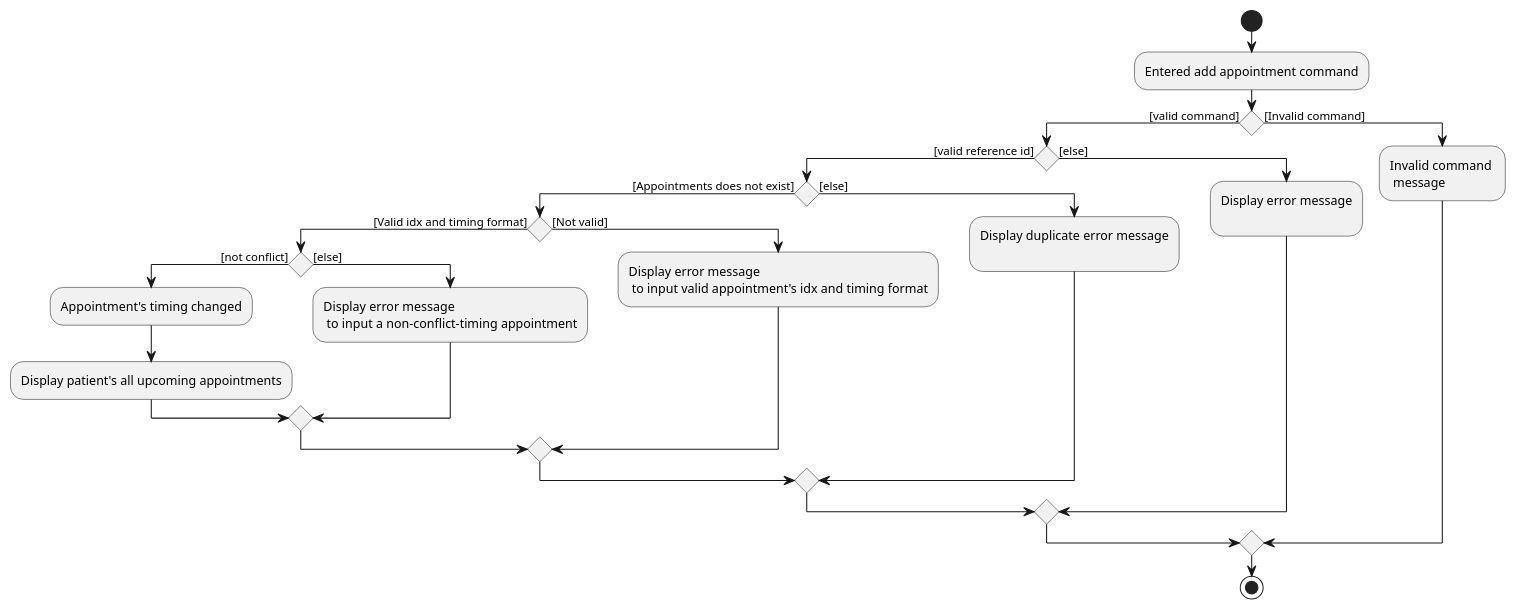
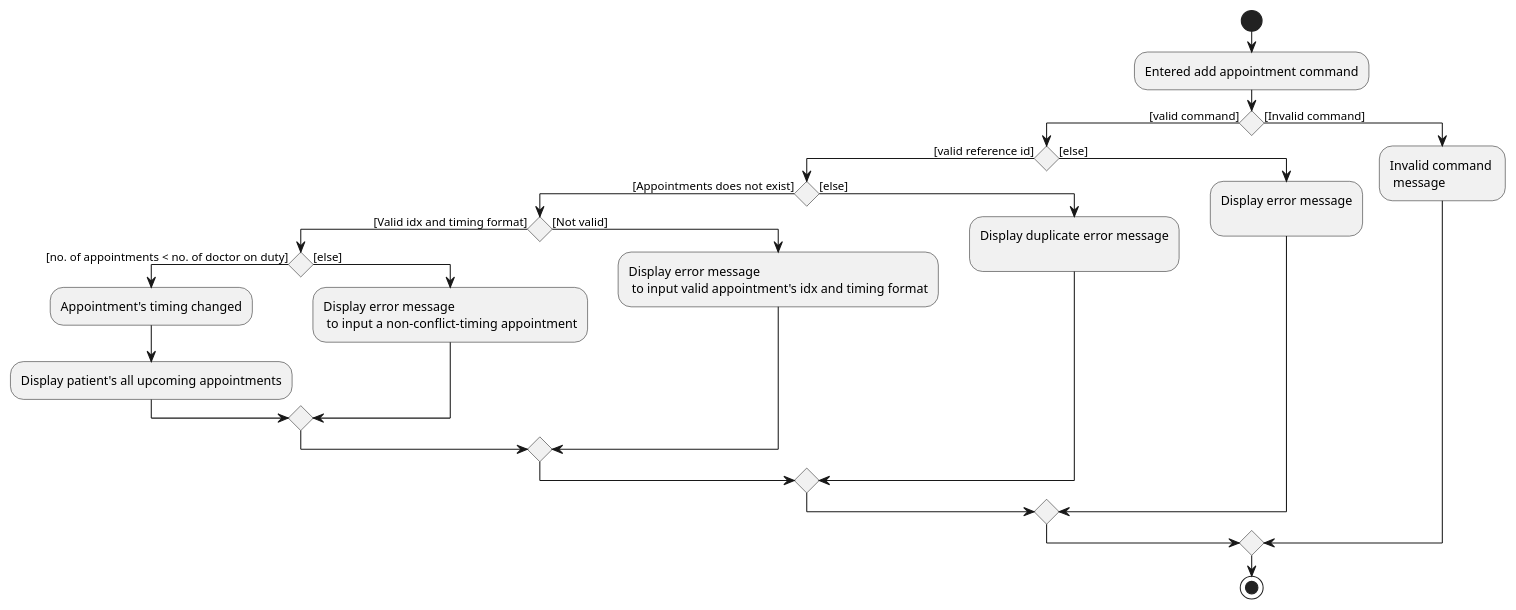
The diagram in docs/diagrams/AddAppointmentActivityDiagram.puml (nus-cs2103-AY1920S1/addressbook-level3), drawn with PlantUML before and after one commit. The commit also changed 1 other file, not shown here.

Commit message:
edits activity diagram if statement

```diff
--- a/docs/diagrams/AddAppointmentActivityDiagram.puml
+++ b/docs/diagrams/AddAppointmentActivityDiagram.puml
@@ -1,35 +1,34 @@
 @startuml
 
 start
 -Entered add appointment command
 if () then ([valid command])
 
     if () then ([valid reference id])
-'    Appointments does not exist
         if () then ([Appointments does not exist])
 
             if() then ([Valid idx and timing format])
-                if() then([not conflict])
+                if() then([no. of appointments < no. of doctor on duty])
                 -Appointment's timing changed
                 -Display patient's all upcoming appointments
                 else([else])
                 -Display error message\n to input a non-conflict-timing appointment
                 endif
 
             else ([Not valid])
             -Display error message\n to input valid appointment's idx and timing format
             endif
         else([else])
         -Display duplicate error message\n
         endif
 
     else ([else])
     -Display error message\n
     endif
 
 else ([Invalid command])
 -Invalid command \n message
 endif
 
 stop
 @enduml
```
